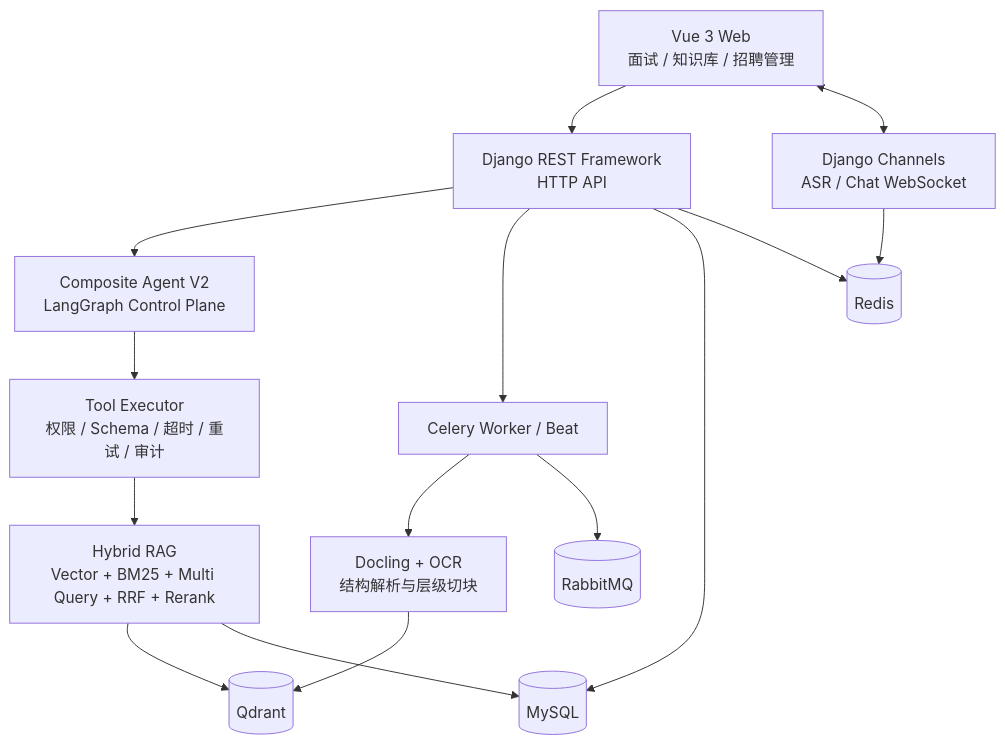
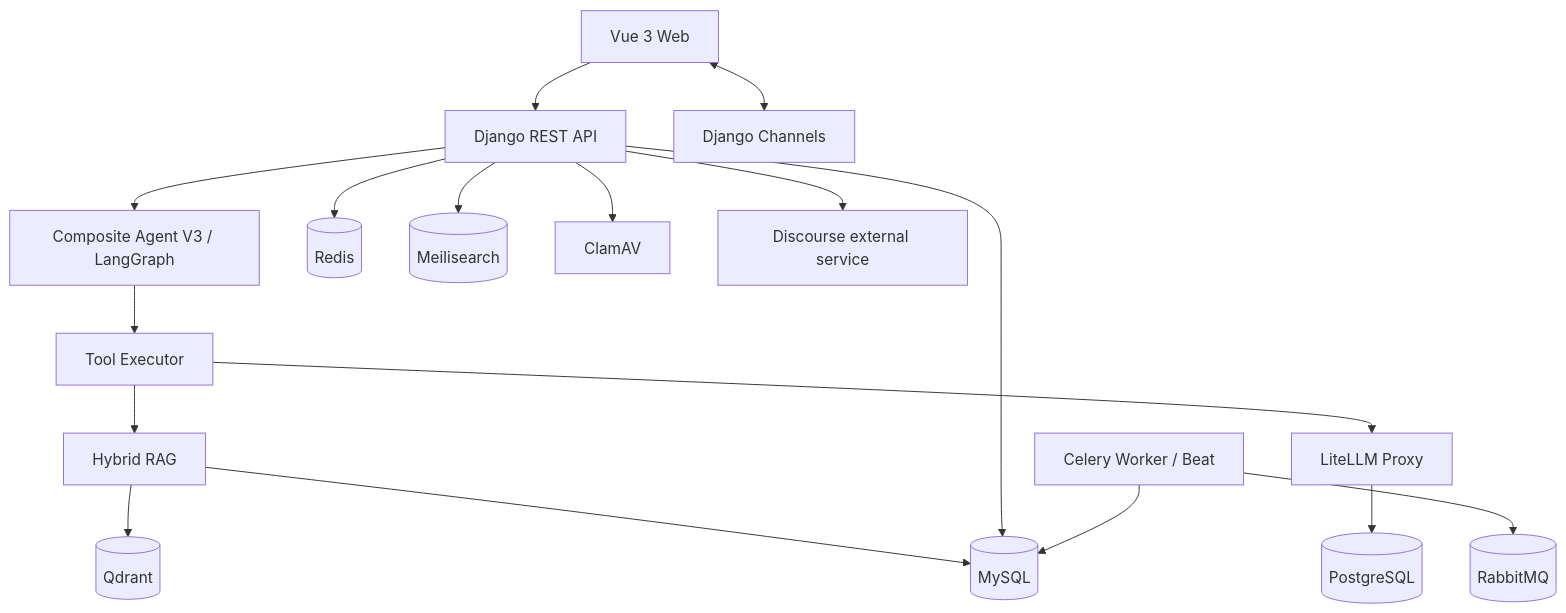
Before and after one commit to 6Asmile/AI_interview: the diagram in README.md, drawn with Mermaid. The commit also changed other lines of this file and 95 other files, not shown here.

````diff
--- a/README.md
+++ b/README.md
@@ -30,30 +45,36 @@
 ```mermaid
 flowchart TB
-    UI["Vue 3 Web\n面试 / 知识库 / 招聘管理"]
-    API["Django REST Framework\nHTTP API"]
-    WS["Django Channels\nASR / Chat WebSocket"]
-    AGENT["Composite Agent V2\nLangGraph Control Plane"]
-    TOOLS["Tool Executor\n权限 / Schema / 超时 / 重试 / 审计"]
-    RAG["Hybrid RAG\nVector + BM25 + Multi Query + RRF + Rerank"]
-    PARSER["Docling + OCR\n结构解析与层级切块"]
+    WEB["Vue 3 Web"]
+    API["Django REST API"]
+    WS["Django Channels"]
+    AGENT["Composite Agent V3 / LangGraph"]
+    TOOLS["Tool Executor"]
+    RAG["Hybrid RAG"]
     WORKER["Celery Worker / Beat"]
     MYSQL[(MySQL)]
     REDIS[(Redis)]
     MQ[(RabbitMQ)]
     QDRANT[(Qdrant)]
+    GATEWAY["LiteLLM Proxy"]
+    PG[(PostgreSQL)]
+    SEARCH[(Meilisearch)]
+    SCAN["ClamAV"]
+    DISCOURSE["Discourse external service"]
 
-    UI --> API
-    UI <--> WS
+    WEB --> API
+    WEB <--> WS
     API --> AGENT
     AGENT --> TOOLS
     TOOLS --> RAG
-    API --> WORKER
-    WORKER --> PARSER
-    PARSER --> QDRANT
+    TOOLS --> GATEWAY
     RAG --> QDRANT
     RAG --> MYSQL
     API --> MYSQL
     API --> REDIS
-    WS --> REDIS
+    API --> SEARCH
+    API --> DISCOURSE
+    API --> SCAN
     WORKER --> MQ
+    WORKER --> MYSQL
+    GATEWAY --> PG
 ```
````
